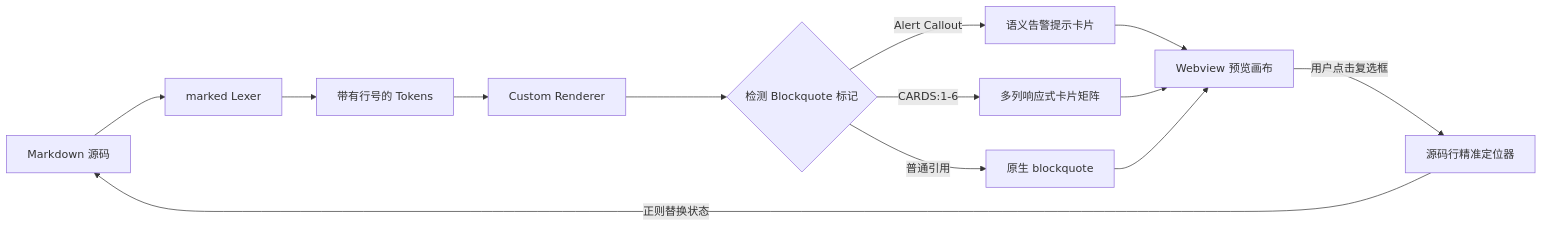
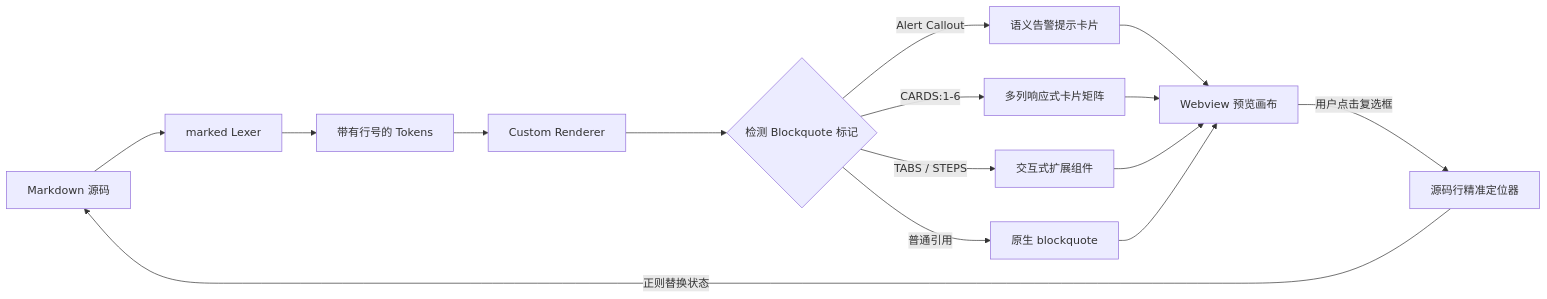
The diagram in examples/markdown/callouts-and-tasks.md (fsyyzz/OmniView-Open), drawn with Mermaid before and after one commit. The commit also changed other lines of this file and 13 other files, not shown here.

````diff
--- a/examples/markdown/callouts-and-tasks.md
+++ b/examples/markdown/callouts-and-tasks.md
@@ -151,15 +151,17 @@
 ```mermaid
 flowchart LR
     MD[Markdown 源码] --> Lexer[marked Lexer]
     Lexer --> AST[带有行号的 Tokens]
     AST --> Renderer[Custom Renderer]
     Renderer --> Intercept{检测 Blockquote 标记}
     Intercept -->|Alert Callout| CalloutDOM[语义告警提示卡片]
     Intercept -->|CARDS:1-6| GridDOM[多列响应式卡片矩阵]
+    Intercept -->|TABS / STEPS| InteractiveDOM[交互式扩展组件]
     Intercept -->|普通引用| QuoteDOM[原生 blockquote]
     CalloutDOM --> Preview[Webview 预览画布]
     GridDOM --> Preview
+    InteractiveDOM --> Preview
     QuoteDOM --> Preview
     Preview -- 用户点击复选框 --> LineLocator[源码行精准定位器]
     LineLocator -- 正则替换状态 --> MD
 ```
````
